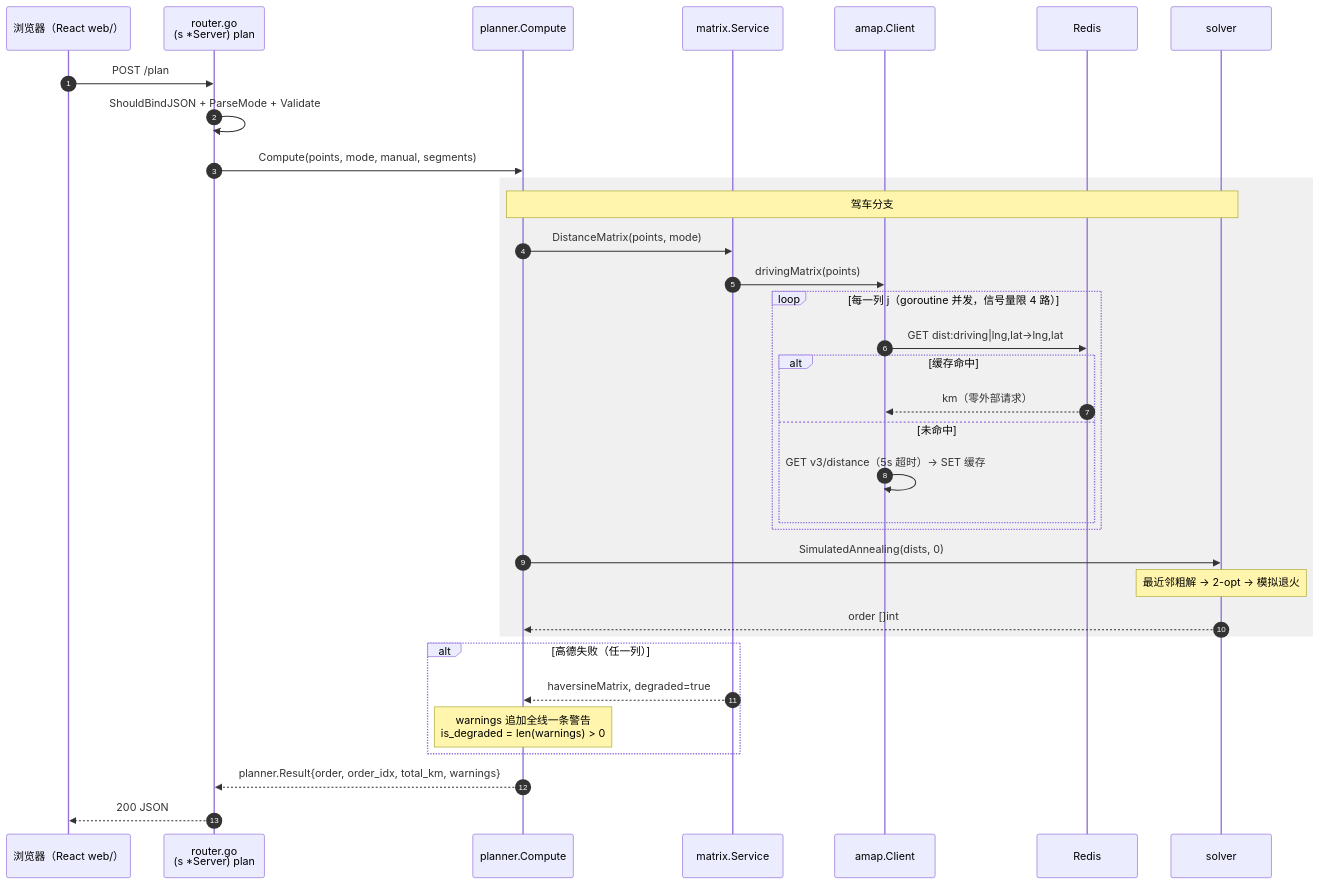
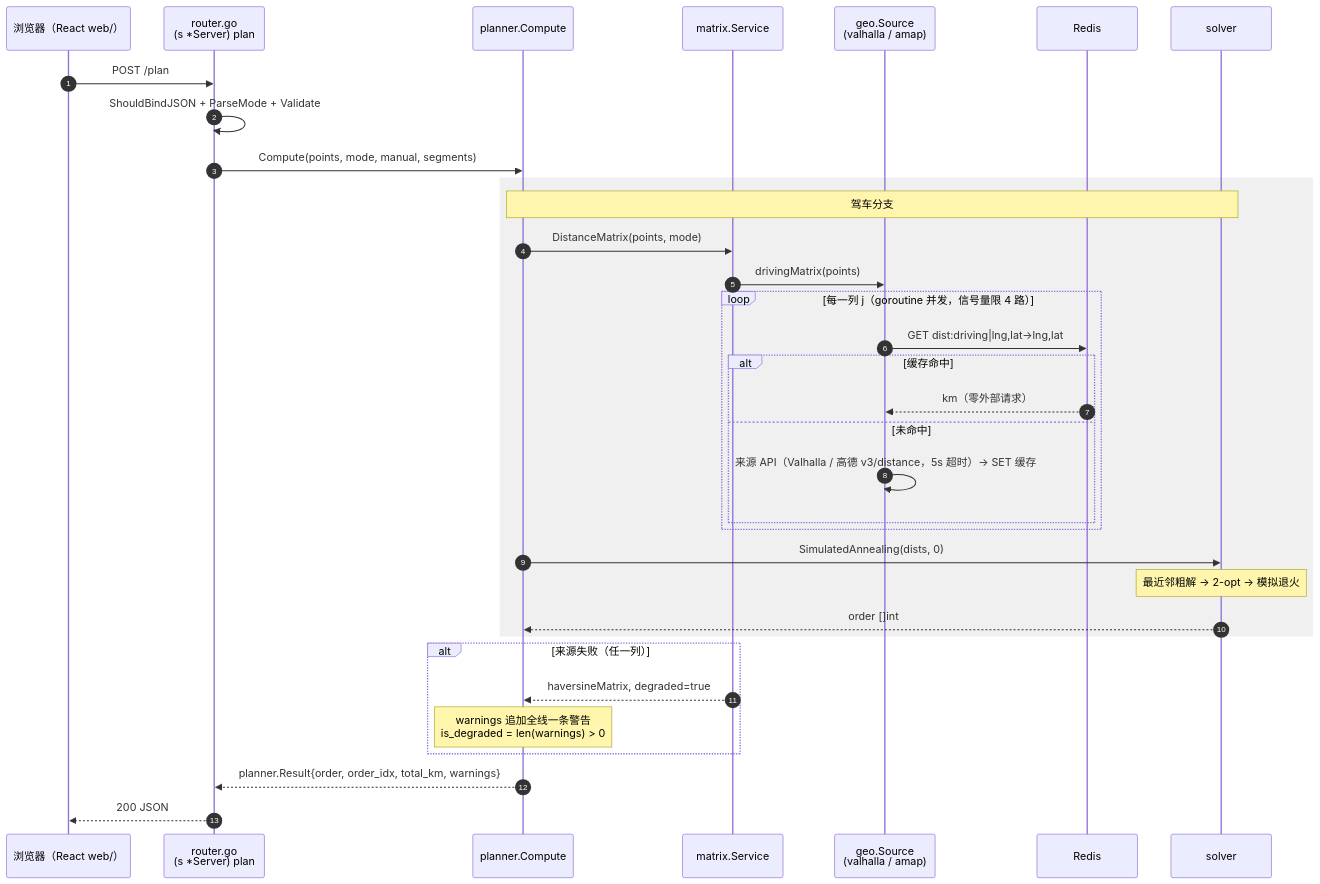
The fourth of 5 diagrams in README.md (Gulugll/route66), drawn with Mermaid before and after one commit. The commit also changed other lines of this file and 1 other file, not shown here.

First line of the commit message:
docs: README 与 Agent 流程图同步至当前架构

````diff
--- a/README.md
+++ b/README.md
@@ -407,37 +453,37 @@
 ```mermaid
 sequenceDiagram
     autonumber
     participant FE as 浏览器（React web/）
     participant P as router.go<br/>(s *Server) plan
     participant PC as planner.Compute
     participant MX as matrix.Service
-    participant AM as amap.Client
+    participant GEO as geo.Source<br/>(valhalla / amap)
     participant RD as Redis
     participant SV as solver
 
     FE->>P: POST /plan
     P->>P: ShouldBindJSON + ParseMode + Validate
     P->>PC: Compute(points, mode, manual, segments)
     rect rgb(240, 240, 240)
         Note over PC,SV: 驾车分支
         PC->>MX: DistanceMatrix(points, mode)
-        MX->>AM: drivingMatrix(points)
+        MX->>GEO: drivingMatrix(points)
         loop 每一列 j（goroutine 并发，信号量限 4 路）
-            AM->>RD: GET dist:driving|lng,lat->lng,lat
+            GEO->>RD: GET dist:driving|lng,lat->lng,lat
             alt 缓存命中
-                RD-->>AM: km（零外部请求）
+                RD-->>GEO: km（零外部请求）
             else 未命中
-                AM->>AM: GET v3/distance（5s 超时）→ SET 缓存
+                GEO->>GEO: 来源 API（Valhalla / 高德 v3/distance，5s 超时）→ SET 缓存
             end
         end
         PC->>SV: SimulatedAnnealing(dists, 0)
         Note over SV: 最近邻粗解 → 2-opt → 模拟退火
         SV-->>PC: order []int
     end
-    alt 高德失败（任一列）
+    alt 来源失败（任一列）
         MX-->>PC: haversineMatrix, degraded=true
         Note over PC: warnings 追加全线一条警告<br/>is_degraded = len(warnings) > 0
     end
     PC-->>P: planner.Result{order, order_idx, total_km, warnings}
     P-->>FE: 200 JSON
 ```
````
